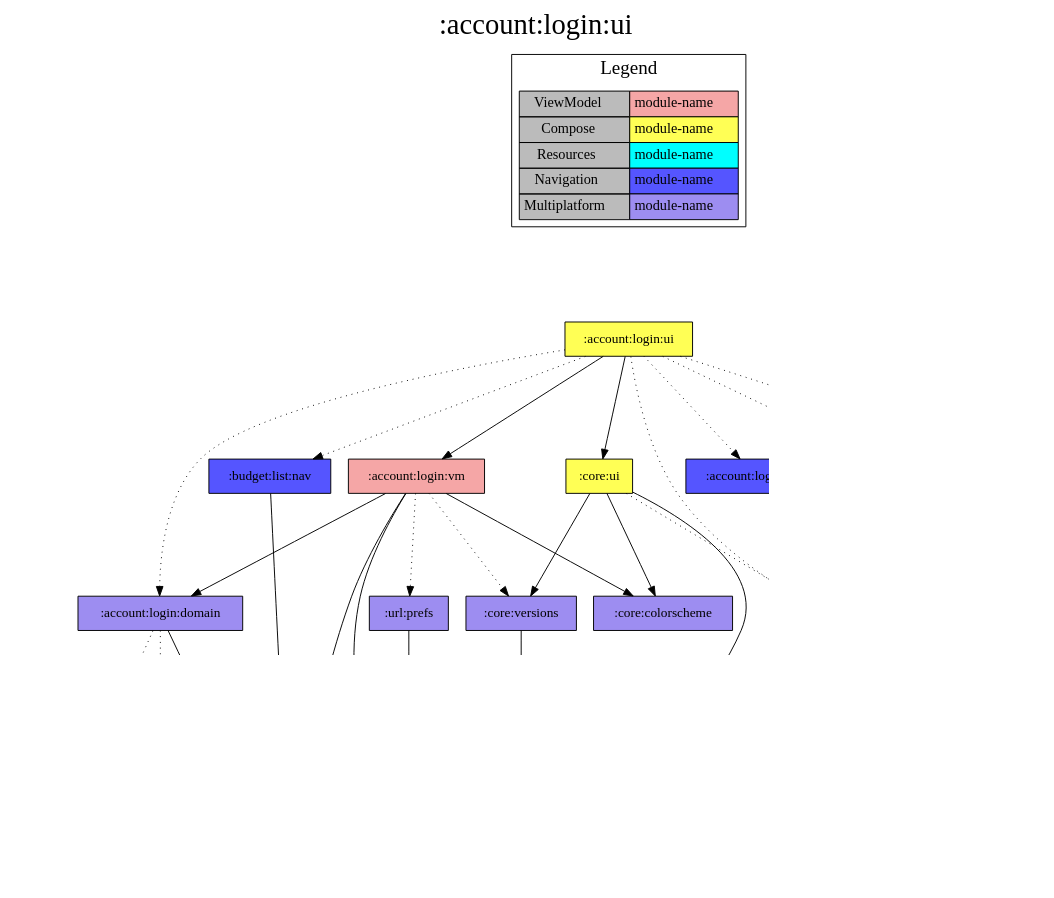
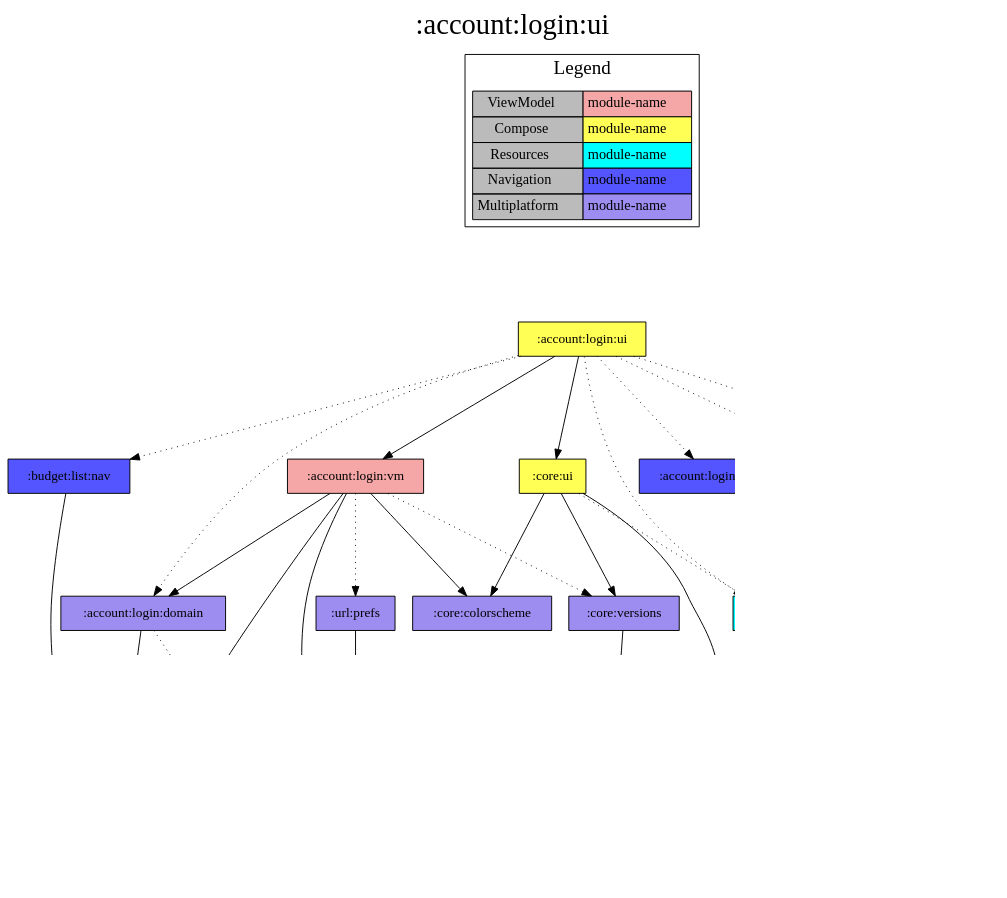
Before and after one commit to jonapoul/aktual: the diagram in modules/account/login/ui/project-dependency-graph.dot, drawn with Graphviz. The commit also changed 66 other files, not shown here.

Commit message:
Remove api:core

```diff
--- a/modules/account/login/ui/project-dependency-graph.dot
+++ b/modules/account/login/ui/project-dependency-graph.dot
@@ -1,68 +1,65 @@
 digraph {
 edge ["dir"="forward"]
 graph ["dpi"="100","label"=":account:login:ui","labelloc"="t","fontsize"="30","ranksep"="1.5","rankdir"="TB"]
 node ["style"="filled"]
 ":account:login:domain" ["fillcolor"="#9D8DF1","shape"="box"]
 ":account:login:nav" ["fillcolor"="#5555FF","shape"="box"]
 ":account:login:res" ["fillcolor"="#00FFFF","shape"="box"]
 ":account:login:ui" ["fillcolor"="#FFFF55","shape"="box"]
 ":account:login:vm" ["fillcolor"="#F5A6A6","shape"="box"]
 ":account:model" ["fillcolor"="#9D8DF1","shape"="box"]
 ":api:actual" ["fillcolor"="#9D8DF1","shape"="box"]
-":api:core" ["fillcolor"="#9D8DF1","shape"="box"]
 ":budget:list:nav" ["fillcolor"="#5555FF","shape"="box"]
 ":budget:model" ["fillcolor"="#9D8DF1","shape"="box"]
 ":core:buildconfig" ["fillcolor"="#9D8DF1","shape"="box"]
 ":core:colorscheme" ["fillcolor"="#9D8DF1","shape"="box"]
 ":core:res" ["fillcolor"="#00FFFF","shape"="box"]
 ":core:ui" ["fillcolor"="#FFFF55","shape"="box"]
 ":core:versions" ["fillcolor"="#9D8DF1","shape"="box"]
 ":url:model" ["fillcolor"="#9D8DF1","shape"="box"]
 ":url:nav" ["fillcolor"="#5555FF","shape"="box"]
 ":url:prefs" ["fillcolor"="#9D8DF1","shape"="box"]
 {
 edge ["dir"="none"]
 graph ["rank"="same"]
 }
 ":account:login:domain" -> ":account:model"
 ":account:login:domain" -> ":api:actual" ["style"="dotted"]
-":account:login:domain" -> ":api:core" ["style"="dotted"]
 ":account:login:ui" -> ":account:login:domain" ["style"="dotted"]
 ":account:login:ui" -> ":account:login:nav" ["style"="dotted"]
 ":account:login:ui" -> ":account:login:res" ["style"="dotted"]
 ":account:login:ui" -> ":account:login:vm"
 ":account:login:ui" -> ":budget:list:nav" ["style"="dotted"]
 ":account:login:ui" -> ":core:res" ["style"="dotted"]
 ":account:login:ui" -> ":core:ui"
 ":account:login:ui" -> ":url:nav" ["style"="dotted"]
 ":account:login:vm" -> ":account:login:domain"
 ":account:login:vm" -> ":account:model"
 ":account:login:vm" -> ":core:colorscheme"
 ":account:login:vm" -> ":core:versions" ["style"="dotted"]
 ":account:login:vm" -> ":url:model"
 ":account:login:vm" -> ":url:prefs" ["style"="dotted"]
 ":api:actual" -> ":account:model"
-":api:actual" -> ":api:core" ["style"="dotted"]
 ":api:actual" -> ":budget:model"
 ":api:actual" -> ":url:model"
 ":budget:list:nav" -> ":account:model"
 ":core:ui" -> ":core:colorscheme"
 ":core:ui" -> ":core:res" ["style"="dotted"]
 ":core:ui" -> ":core:versions"
 ":core:ui" -> ":url:model"
 ":core:versions" -> ":core:buildconfig"
 ":url:prefs" -> ":url:model"
 subgraph "cluster_legend" {
 edge ["dir"="none"]
 graph ["label"="Legend","fontsize"="20"]
 "Legend" ["style"="filled","fillcolor"="#bbbbbb","shape"="none","margin"="0","fontsize"="15","label"=<
 <TABLE BORDER="0" CELLBORDER="1" CELLSPACING="0" CELLPADDING="4">
 <TR><TD>ViewModel</TD><TD BGCOLOR="#F5A6A6">module-name</TD></TR>
 <TR><TD>Compose</TD><TD BGCOLOR="#FFFF55">module-name</TD></TR>
 <TR><TD>Resources</TD><TD BGCOLOR="#00FFFF">module-name</TD></TR>
 <TR><TD>Navigation</TD><TD BGCOLOR="#5555FF">module-name</TD></TR>
 <TR><TD>Multiplatform</TD><TD BGCOLOR="#9D8DF1">module-name</TD></TR>
 </TABLE>
 >]
 } -> ":account:login:ui" ["style"="invis"]
 }
```
